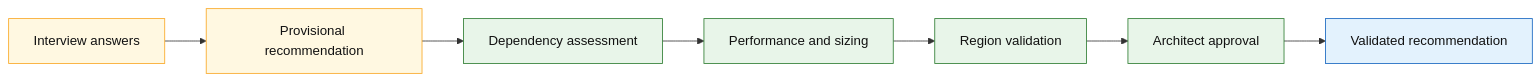
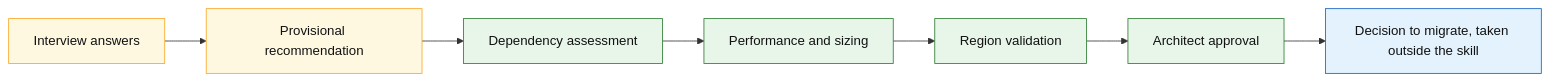
One commit to fredgis/sql-migration-advisor changed the second of 6 diagrams in docs/sql-migration-advisor-developer-pitch.md. Above: the diagram before and after it, drawn with Mermaid. The commit also changed other lines of this file, not shown here.

````diff
--- a/docs/sql-migration-advisor-developer-pitch.md
+++ b/docs/sql-migration-advisor-developer-pitch.md
@@ -319,16 +363,16 @@
 ```mermaid
 flowchart LR
     A[Interview answers] --> B[Provisional recommendation]
     B --> C[Dependency assessment]
     C --> D[Performance and sizing]
     D --> E[Region validation]
     E --> F[Architect approval]
-    F --> G[Validated recommendation]
+    F --> G[Decision to migrate, taken outside the skill]
 
     classDef prov fill:#fff8e1,stroke:#f9a825,color:#111
     classDef evid fill:#e8f5e9,stroke:#2e7d32,color:#111
     classDef done fill:#e3f2fd,stroke:#1565c0,color:#111
     class A,B prov
     class C,D,E,F evid
     class G done
 ```
````
